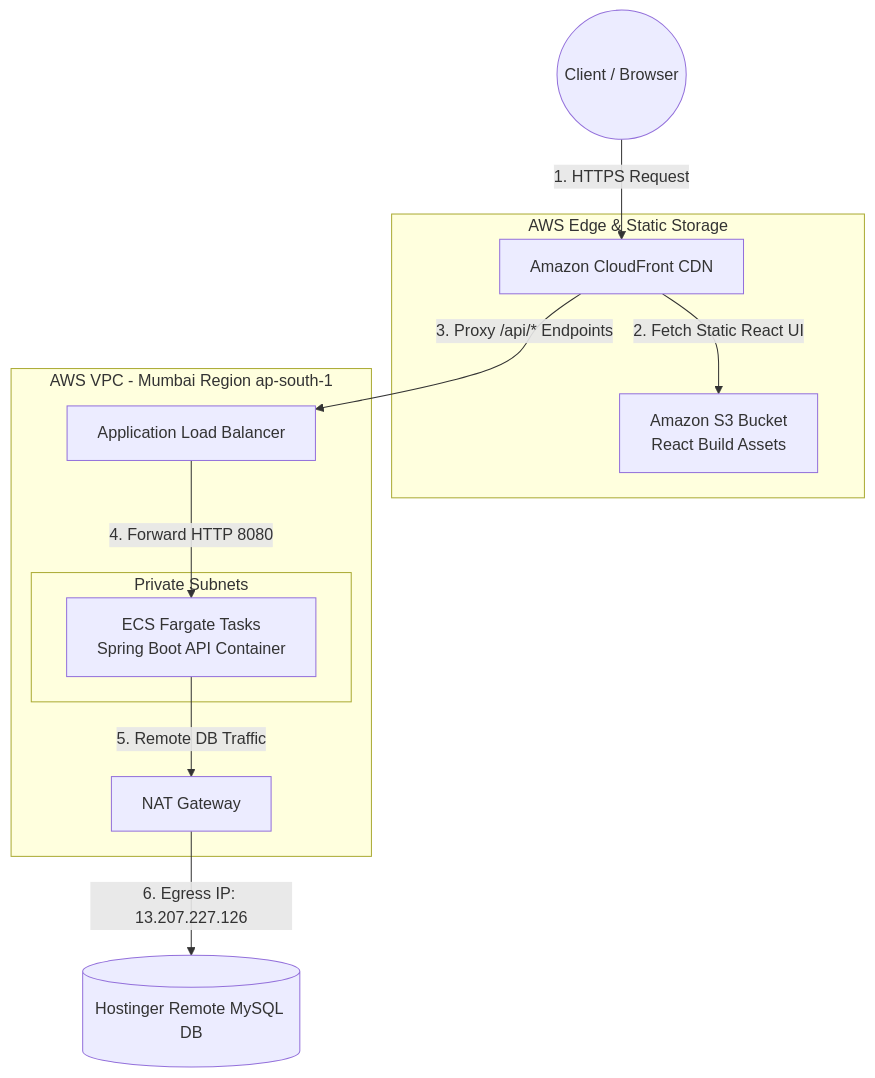
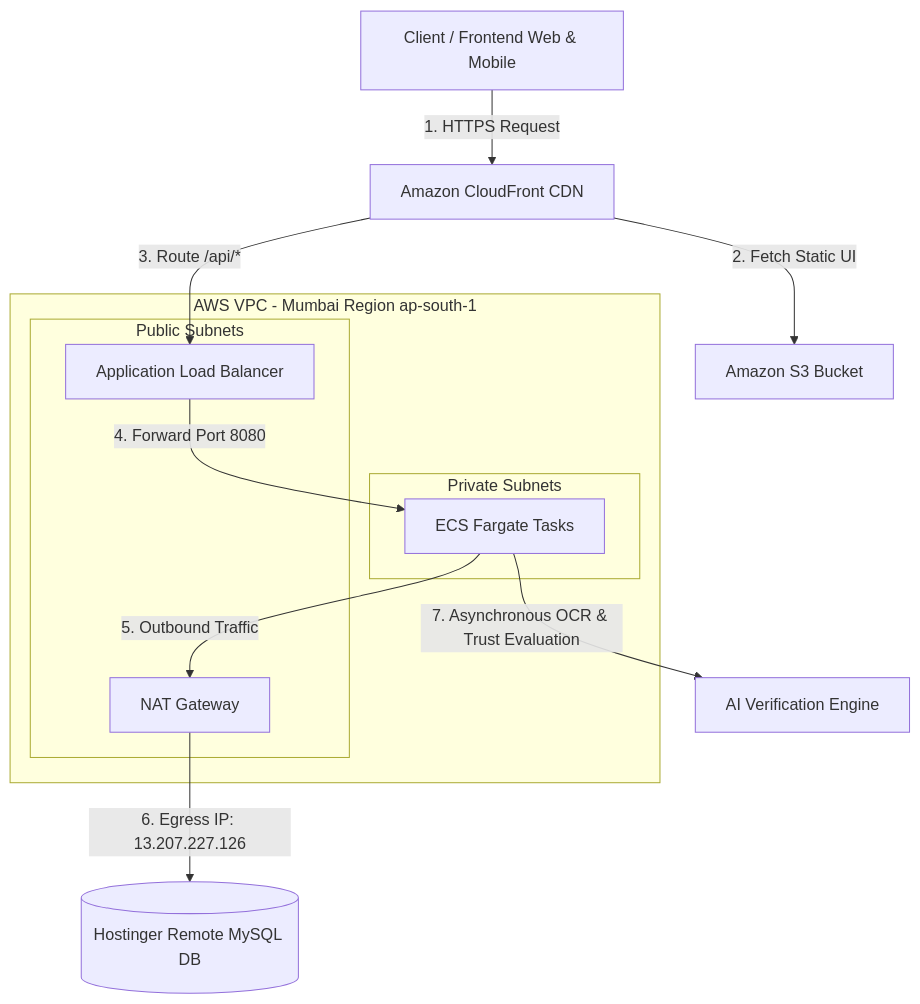
Before and after one commit to pavanstarkin-tech/LandLens: the first of 5 diagrams in README.md, drawn with Mermaid. The commit also changed other lines of this file, not shown here.

Commit message:
Comprehensive complete merge of backend & frontend-react READMEs

````diff
--- a/README.md
+++ b/README.md
@@ -170,28 +166,24 @@
 ```mermaid
 graph TD
-    Client((Client / Browser))
-    
-    subgraph FrontendEdge [AWS Edge & Static Storage]
-        CF[Amazon CloudFront CDN]
-        S3[Amazon S3 Bucket<br>React Build Assets]
-    end
+    Client[Client / Frontend Web & Mobile] -->|1. HTTPS Request| CF[Amazon CloudFront CDN]
+    CF -->|2. Fetch Static UI| S3[Amazon S3 Bucket]
+    CF -->|3. Route /api/*| ALB[Application Load Balancer]
     
     subgraph VPC [AWS VPC - Mumbai Region ap-south-1]
-        ALB[Application Load Balancer]
+        ALB -->|4. Forward Port 8080| ECS[ECS Fargate Tasks]
         
         subgraph PrivateSubnets [Private Subnets]
-            ECS[ECS Fargate Tasks<br>Spring Boot API Container]
+            ECS
         end
         
-        NAT[NAT Gateway]
+        subgraph PublicSubnets [Public Subnets]
+            ALB
+            NAT[NAT Gateway]
+        end
+        
+        ECS -->|5. Outbound Traffic| NAT
     end
-    
-    DB[(Hostinger Remote MySQL DB)]
 
-    Client -->|1. HTTPS Request| CF
-    CF -->|2. Fetch Static React UI| S3
-    CF -->|3. Proxy /api/* Endpoints| ALB
-    ALB -->|4. Forward HTTP 8080| ECS
-    ECS -->|5. Remote DB Traffic| NAT
-    NAT -->|6. Egress IP: 13.207.227.126| DB
+    NAT -->|6. Egress IP: 13.207.227.126| DB[(Hostinger Remote MySQL DB)]
+    ECS -->|7. Asynchronous OCR & Trust Evaluation| AI[AI Verification Engine]
 ```
````
